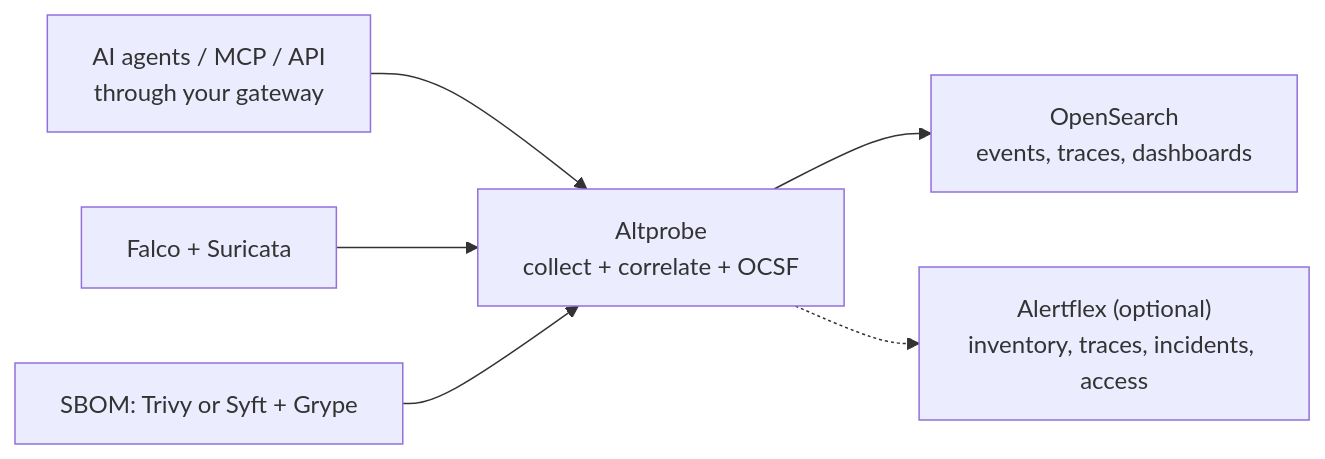
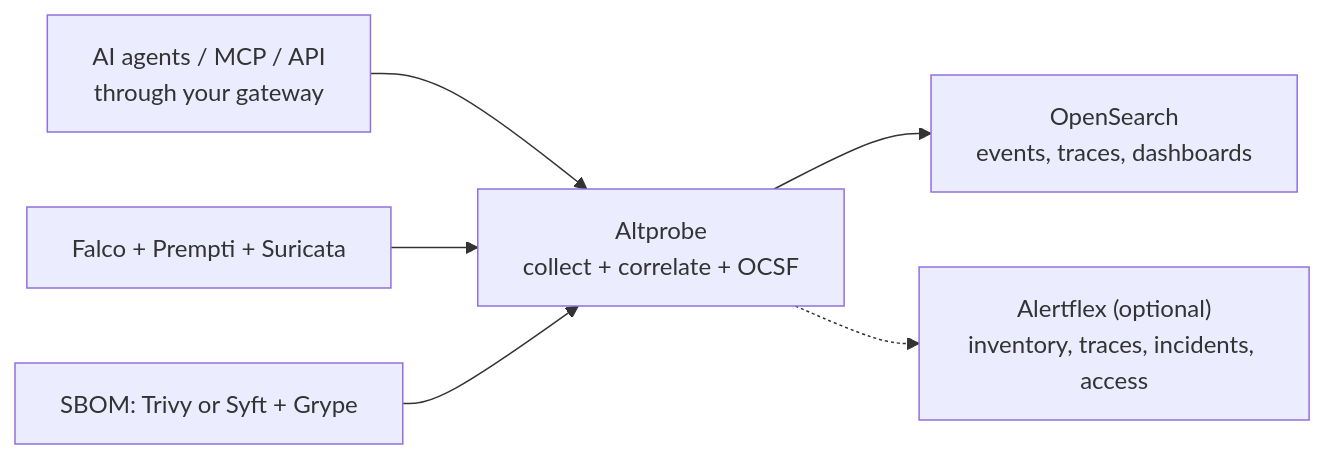
The diagram in README.md (olegzhr/altprobe), drawn with Mermaid before and after one commit. The commit also changed other lines of this file and 228 other files, not shown here.

````diff
--- a/README.md
+++ b/README.md
@@ -26,8 +27,8 @@
 ```mermaid
 flowchart LR
     GW["AI agents / MCP / API<br/>through your gateway"] --> AP["Altprobe<br/>collect + correlate + OCSF"]
-    IDS["Falco + Suricata"] --> AP
+    IDS["Falco + Prempti + Suricata"] --> AP
     SBOM["SBOM: Trivy or Syft + Grype"] --> AP
     AP --> OS["OpenSearch<br/>events, traces, dashboards"]
     AP -.-> AF["Alertflex (optional)<br/>inventory, traces, incidents, access"]
 ```
````
